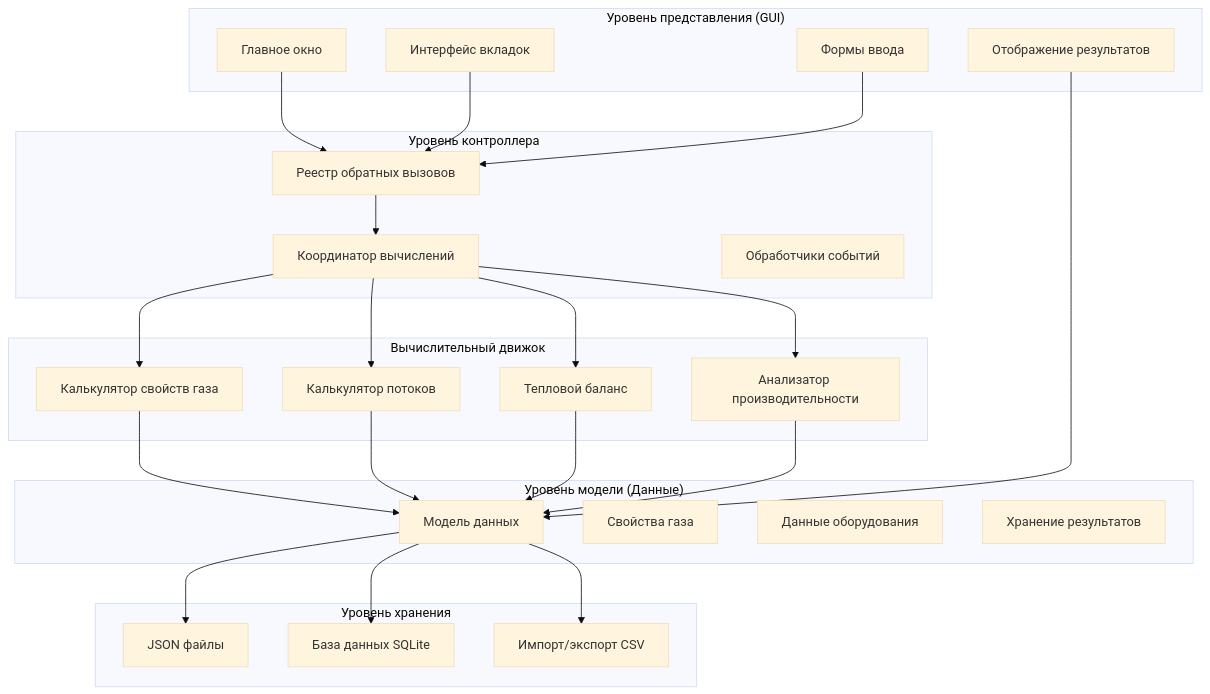
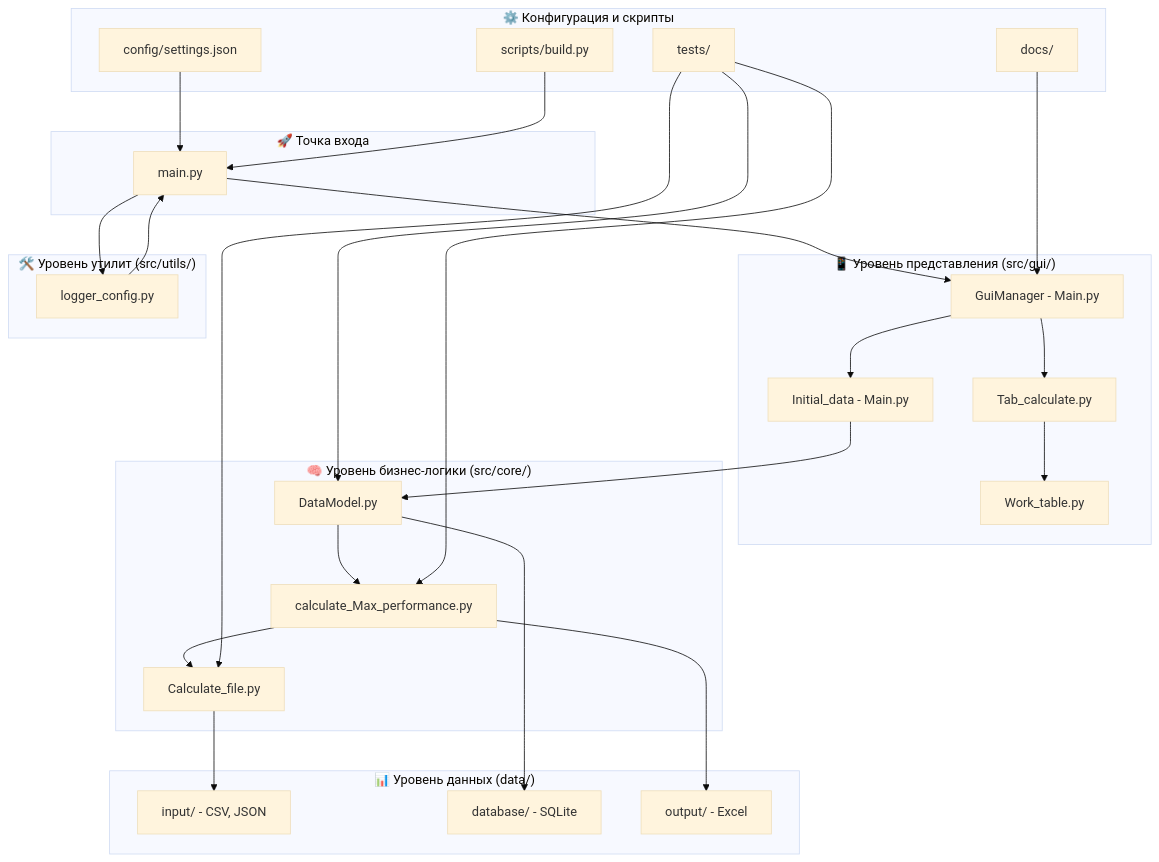
One commit to VladislavKiseliov/Calculation-of-the-maximum-capacity-of-a-gas-station changed the diagram in README.md. Above: the diagram before and after it, drawn with Mermaid (base theme). The commit also changed other lines of this file and 43 other files, not shown here.

````diff
--- a/README.md
+++ b/README.md
@@ -56,52 +56,55 @@
 ```mermaid
 graph TB
-    subgraph "Уровень представления (GUI)"
-        A[Главное окно]
-        B[Интерфейс вкладок]
-        C[Формы ввода]
-        D[Отображение результатов]
+    subgraph "🚀 Точка входа"
+        M[main.py]
     end
     
-    subgraph "Уровень контроллера"
-        E[Реестр обратных вызовов]
-        F[Координатор вычислений]
-        G[Обработчики событий]
+    subgraph "📱 Уровень представления (src/gui/)"
+        A[GuiManager - Main.py]
+        B[Initial_data - Main.py]
+        C[Tab_calculate.py]
+        D[Work_table.py]
     end
     
-    subgraph "Уровень модели (Данные)"
-        H[Модель данных]
-        I[Свойства газа]
-        J[Данные оборудования]
-        K[Хранение результатов]
+    subgraph "🧠 Уровень бизнес-логики (src/core/)"
+        E[Calculate_file.py]
+        F[DataModel.py]
+        G[calculate_Max_performance.py]
     end
     
-    subgraph "Вычислительный движок"
-        L[Калькулятор свойств газа]
-        M[Калькулятор потоков]
-        N[Тепловой баланс]
-        O[Анализатор производительности]
+    subgraph "🛠️ Уровень утилит (src/utils/)"
+        H[logger_config.py]
     end
     
-    subgraph "Уровень хранения"
-        P[JSON файлы]
-        Q[База данных SQLite]
-        R[Импорт/экспорт CSV]
+    subgraph "📊 Уровень данных (data/)"
+        I[input/ - CSV, JSON]
+        J[database/ - SQLite]
+        K[output/ - Excel]
     end
     
-    A --> E
-    B --> E
-    C --> E
-    E --> F
-    F --> L
-    F --> M
-    F --> N
-    F --> O
-    L --> H
+    subgraph "⚙️ Конфигурация и скрипты"
+        L[config/settings.json]
+        N[scripts/build.py]
+        O[tests/]
+        P[docs/]
+    end
+    
+    M --> A
     M --> H
-    N --> H
-    O --> H
-    H --> P
-    H --> Q
-    H --> R
-    D --> H
+    A --> B
+    A --> C
+    C --> D
+    B --> F
+    F --> G
+    G --> E
+    E --> I
+    F --> J
+    G --> K
+    H --> M
+    L --> M
+    N --> M
+    O --> E
+    O --> F
+    O --> G
+    P --> A
 ```
````
